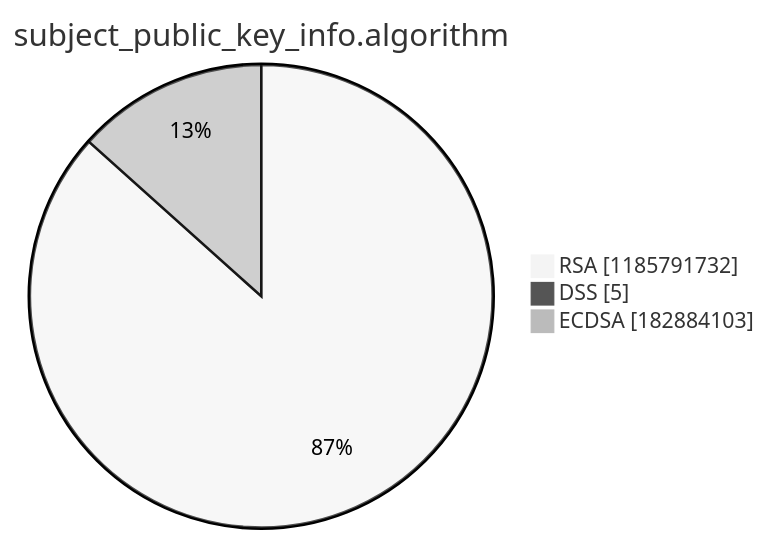
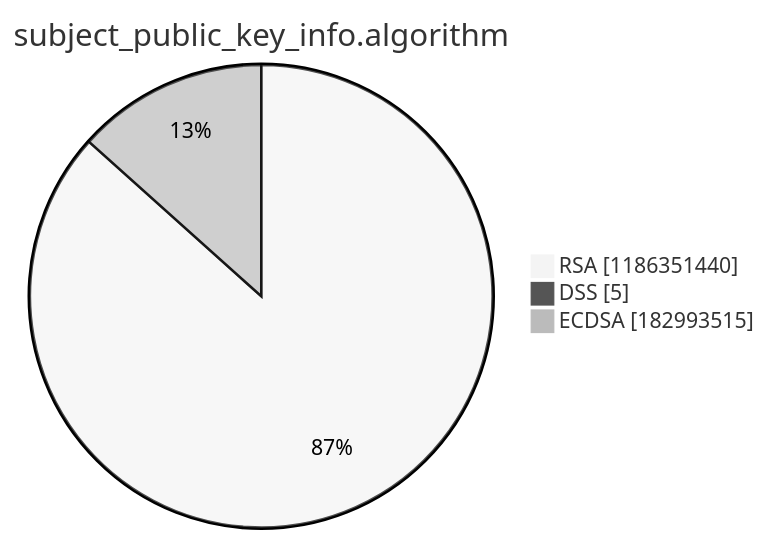
The third of 15 diagrams in argon2022/README.md (christiankrug/ctmonitor_visualization), drawn with Mermaid (neutral theme) before and after one commit. The commit also changed other lines of this file, not shown here.

````diff
--- a/argon2022/README.md
+++ b/argon2022/README.md
@@ -14,7 +14,7 @@
 ```mermaid
 pie showData
 title subject_public_key_info.algorithm
-"RSA" :1185791732
+"RSA" :1186351440
 "DSS" :5
-"ECDSA" :182884103
+"ECDSA" :182993515
 ```
````
